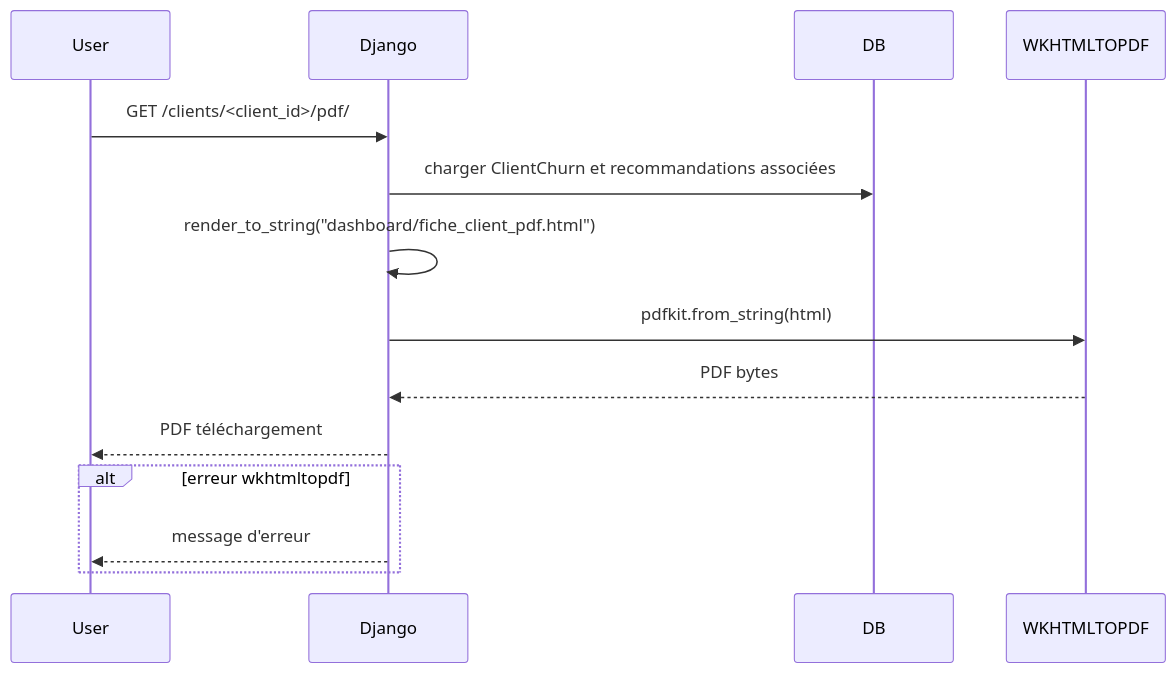
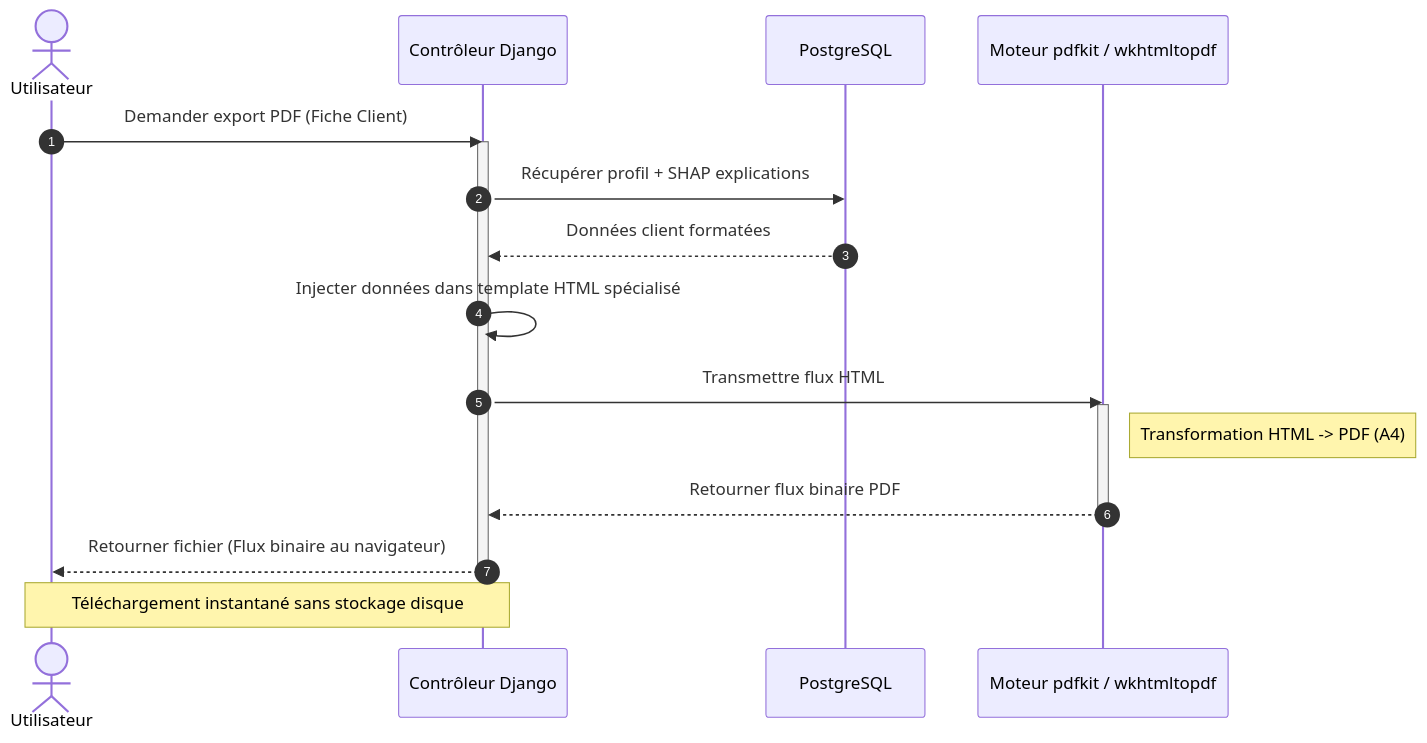
One commit to emmanuellabiboum/pfe changed the eighth of 8 diagrams in digramme.md. Above: the diagram before and after it, drawn with Mermaid. The commit also changed other lines of this file and 28 other files, not shown here.

````diff
--- a/digramme.md
+++ b/digramme.md
@@ -531,17 +409,24 @@
 ```mermaid
 sequenceDiagram
-    participant User
-    participant Django
-    participant DB
-    participant WKHTMLTOPDF
+    autonumber
+    actor User as Utilisateur
+    participant App as Contrôleur Django
+    participant DB as PostgreSQL
+    participant PDF as Moteur pdfkit / wkhtmltopdf
 
-    User->>Django: GET /clients/<client_id>/pdf/
-    Django->>DB: charger ClientChurn et recommandations associées
-    Django->>Django: render_to_string("dashboard/fiche_client_pdf.html")
-    Django->>WKHTMLTOPDF: pdfkit.from_string(html)
-    WKHTMLTOPDF-->>Django: PDF bytes
-    Django-->>User: PDF téléchargement
-    alt erreur wkhtmltopdf
-        Django-->>User: message d'erreur
-    end
+    User->>App: Demander export PDF (Fiche Client)
+    activate App
+    App->>DB: Récupérer profil + SHAP explications
+    DB-->>App: Données client formatées
+    App->>App: Injecter données dans template HTML spécialisé
+    
+    App->>PDF: Transmettre flux HTML
+    activate PDF
+    note right of PDF: Transformation HTML -> PDF (A4)
+    PDF-->>App: Retourner flux binaire PDF
+    deactivate PDF
+
+    App-->>User: Retourner fichier (Flux binaire au navigateur)
+    deactivate App
+    note over User, App: Téléchargement instantané sans stockage disque
 ```
````
